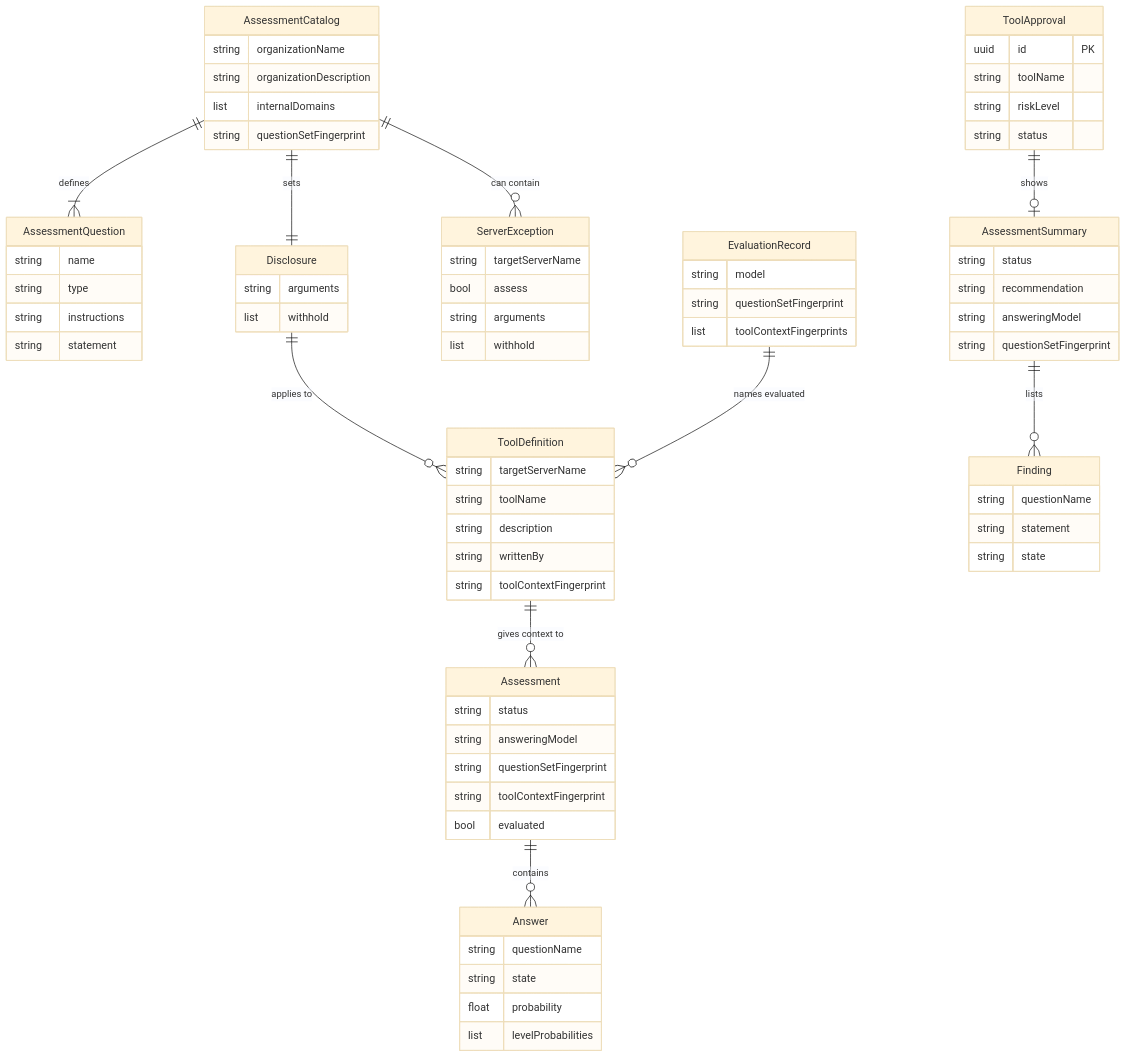
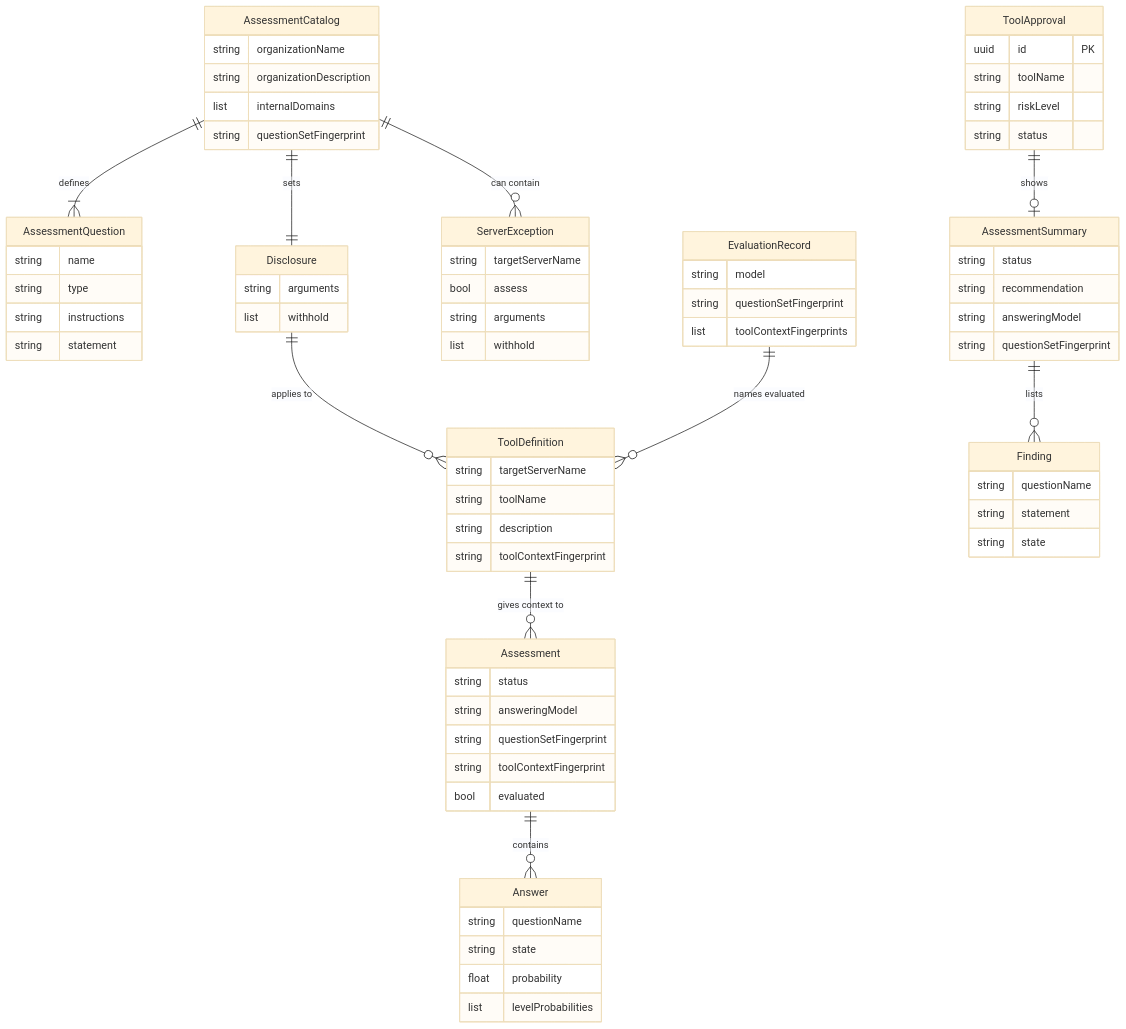
One commit to zalando-incubator/agentic-identity-broker changed the first of 2 diagrams in specs/20261123-194542-decision-model-tool-approvals/spec.md. Above: the diagram before and after it, drawn with Mermaid (base theme). The commit also changed other lines of this file and 9 other files, not shown here.

````diff
--- a/specs/20261123-194542-decision-model-tool-approvals/spec.md
+++ b/specs/20261123-194542-decision-model-tool-approvals/spec.md
@@ -1242,76 +1238,75 @@
 ```mermaid
 erDiagram
     AssessmentCatalog {
         string organizationName
         string organizationDescription
         list internalDomains
         string questionSetFingerprint
     }
     AssessmentQuestion {
         string name
         string type
         string instructions
         string statement
     }
     Disclosure {
         string arguments
         list withhold
     }
     ServerException {
         string targetServerName
         bool assess
         string arguments
         list withhold
     }
     ToolDefinition {
         string targetServerName
         string toolName
         string description
-        string writtenBy
         string toolContextFingerprint
     }
     Assessment {
         string status
         string answeringModel
         string questionSetFingerprint
         string toolContextFingerprint
         bool evaluated
     }
     Answer {
         string questionName
         string state
         float probability
         list levelProbabilities
     }
     EvaluationRecord {
         string model
         string questionSetFingerprint
         list toolContextFingerprints
     }
     ToolApproval {
         uuid id PK
         string toolName
         string riskLevel
         string status
     }
     AssessmentSummary {
         string status
         string recommendation
         string answeringModel
         string questionSetFingerprint
     }
     Finding {
         string questionName
         string statement
         string state
     }
     AssessmentCatalog ||--|{ AssessmentQuestion : "defines"
     AssessmentCatalog ||--|| Disclosure : "sets"
     AssessmentCatalog ||--o{ ServerException : "can contain"
     Disclosure ||--o{ ToolDefinition : "applies to"
     ToolDefinition ||--o{ Assessment : "gives context to"
     Assessment ||--o{ Answer : "contains"
     EvaluationRecord ||--o{ ToolDefinition : "names evaluated"
     ToolApproval ||--o| AssessmentSummary : "shows"
     AssessmentSummary ||--o{ Finding : "lists"
 ```
````
